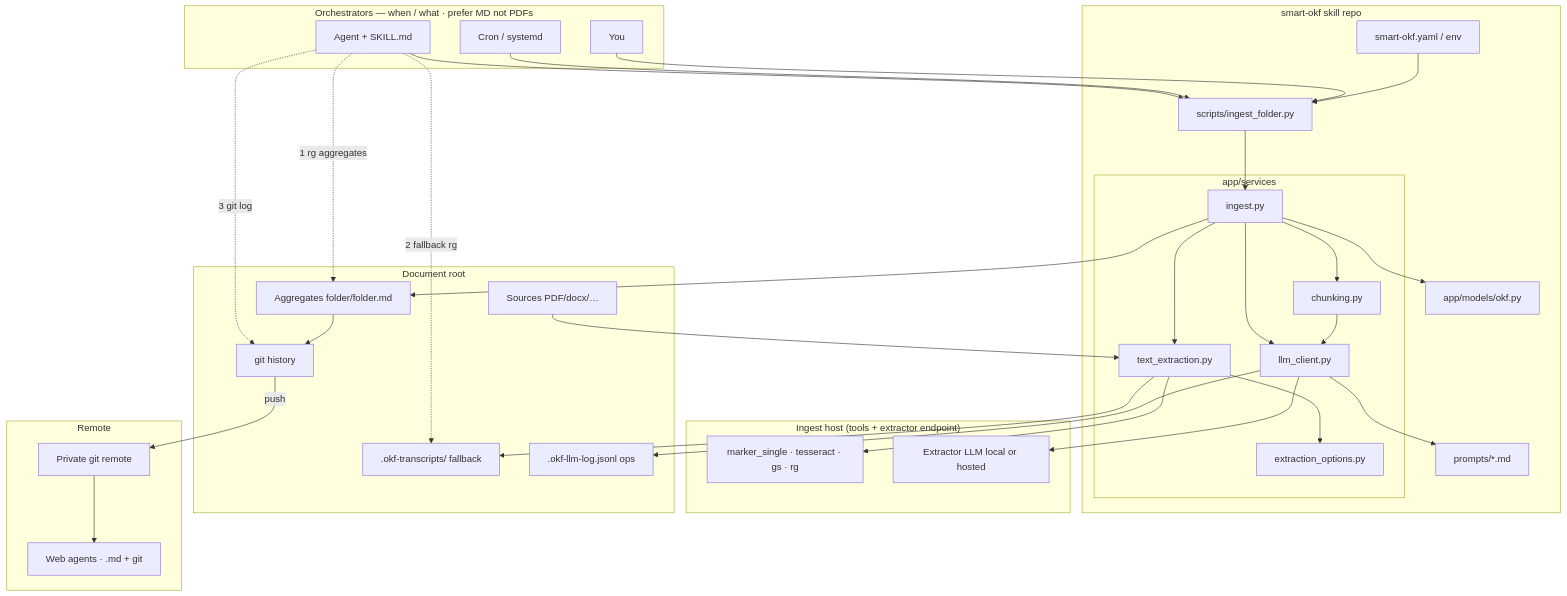
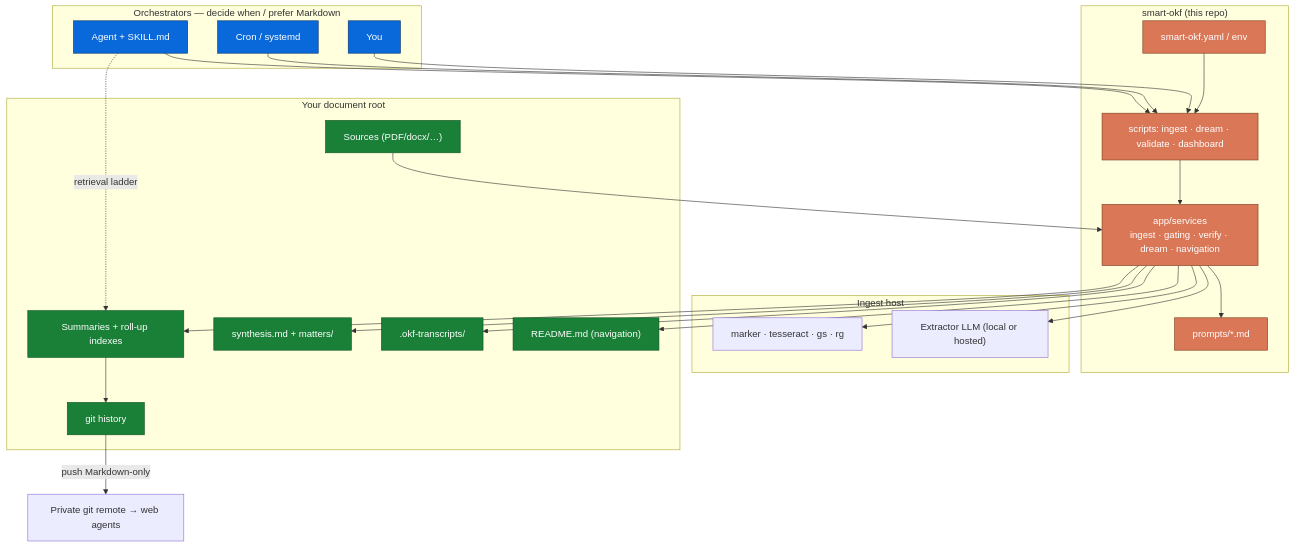
One commit to TuxLux40/smart-okf changed the fourth of 4 diagrams in README.md. Above: the diagram before and after it, drawn with Mermaid. The commit also changed other lines of this file, not shown here.

First line of the commit message:
docs: rewrite README for newcomers — plain-language intro, colored mermaid diagrams, badges

````diff
--- a/README.md
+++ b/README.md
@@ -140,66 +238,41 @@
 ```mermaid
 flowchart TB
-  subgraph orchestrators["Orchestrators — when / what · prefer MD not PDFs"]
-    Agent["Agent + SKILL.md"]
-    Cron["Cron / systemd"]
-    Human["You"]
-  end
+    subgraph orch["Orchestrators — decide when / prefer Markdown"]
+        Agent["Agent + SKILL.md"]
+        Cron["Cron / systemd"]
+        Human["You"]
+    end
+    subgraph skill["smart-okf (this repo)"]
+        CLI["scripts: ingest · dream · validate · dashboard"]
+        Services["app/services<br/>ingest · gating · verify · dream · navigation"]
+        Prompts["prompts/*.md"]
+        Config["smart-okf.yaml / env"]
+    end
+    subgraph host["Ingest host"]
+        Tools["marker · tesseract · gs · rg"]
+        Extractor["Extractor LLM (local or hosted)"]
+    end
+    subgraph tree["Your document root"]
+        Sources["Sources (PDF/docx/…)"]
+        Agg["Summaries + roll-up indexes"]
+        Synth["synthesis.md + matters/"]
+        Tx[".okf-transcripts/"]
+        Nav["README.md (navigation)"]
+        Git["git history"]
+    end
+    Agent & Cron & Human --> CLI
+    Config --> CLI
+    CLI --> Services --> Prompts
+    Services --> Tools & Extractor
+    Sources --> Services
+    Services --> Agg & Synth & Tx & Nav
+    Agg --> Git -->|push Markdown-only| Remote["Private git remote → web agents"]
+    Agent -.->|retrieval ladder| Agg
 
-  subgraph skill["smart-okf skill repo"]
-    CLI["scripts/ingest_folder.py"]
-    subgraph services["app/services"]
-      Ingest["ingest.py"]
-      Extract["text_extraction.py"]
-      Chunk["chunking.py"]
-      LLM["llm_client.py"]
-      Opts["extraction_options.py"]
-    end
-    Models["app/models/okf.py"]
-    Prompts["prompts/*.md"]
-    Config["smart-okf.yaml / env"]
-  end
-
-  subgraph local_machine["Ingest host (tools + extractor endpoint)"]
-    ExtTools["marker_single · tesseract · gs · rg"]
-    Extractor["Extractor LLM local or hosted"]
-  end
-
-  subgraph docs["Document root"]
-    Sources["Sources PDF/docx/…"]
-    Agg["Aggregates folder/folder.md"]
-    Tx[".okf-transcripts/ fallback"]
-    Log[".okf-llm-log.jsonl ops"]
-    GitLocal["git history"]
-  end
-
-  subgraph remote["Remote"]
-    GitRemote["Private git remote"]
-    WebAgent["Web agents · .md + git"]
-  end
-
-  Agent --> CLI
-  Cron --> CLI
-  Human --> CLI
-  Agent -.->|1 rg aggregates| Agg
-  Agent -.->|2 fallback rg| Tx
-  Agent -.->|3 git log| GitLocal
-
-  Config --> CLI
-  CLI --> Ingest
-  Ingest --> Extract
-  Ingest --> Chunk
-  Ingest --> LLM
-  Ingest --> Models
-  Extract --> Opts
-  Extract --> ExtTools
-  LLM --> Extractor
-  LLM --> Prompts
-  LLM --> Log
-  Sources --> Extract
-  Extract --> Tx
-  Chunk --> LLM
-  Ingest --> Agg
-  Agg --> GitLocal
-  GitLocal -->|push| GitRemote
-  GitRemote --> WebAgent
+    classDef a fill:#0969da,stroke:#0a3069,color:#fff
+    classDef b fill:#d97757,stroke:#7d3c1e,color:#fff
+    classDef c fill:#1a7f37,stroke:#0f5323,color:#fff
+    class Agent,Cron,Human a
+    class CLI,Services,Prompts,Config b
+    class Sources,Agg,Synth,Tx,Nav,Git c
 ```
````
